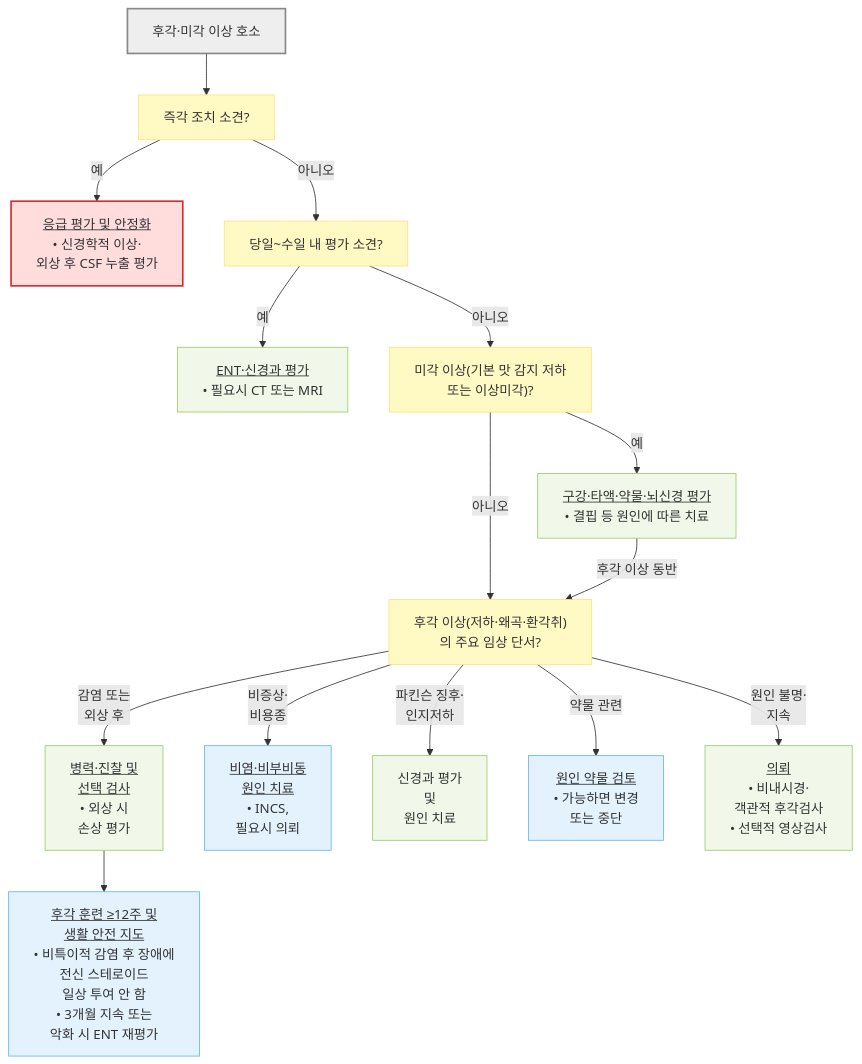
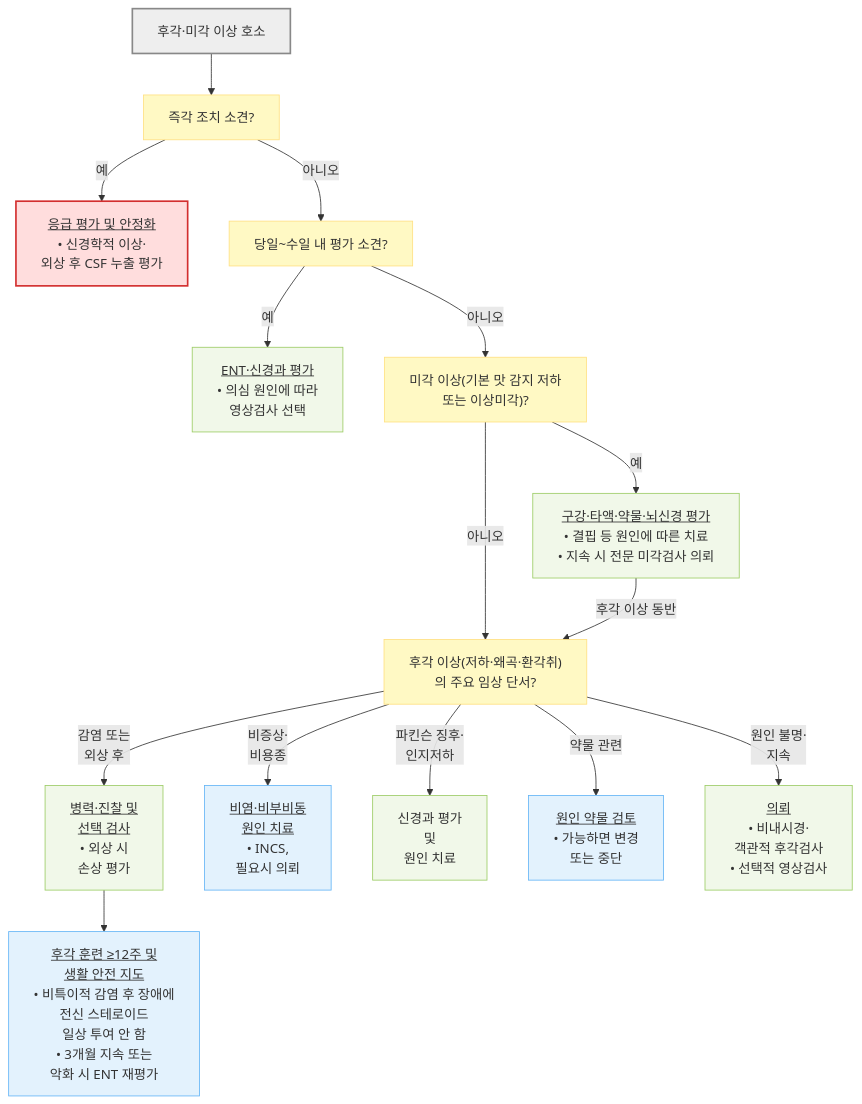
One commit to familyoh77/familyoh77 changed the diagram in 220_/005_-smell-taste-disorders.md. Above: the diagram before and after it, drawn with Mermaid. The commit also changed other lines of this file and 4 other files, not shown here.

````diff
--- a/220_/005_-smell-taste-disorders.md
+++ b/220_/005_-smell-taste-disorders.md
@@ -203,27 +205,27 @@
 ```mermaid
 flowchart TD
     A["후각·미각 이상 호소"] --> D["즉각 조치 소견?"]
     D -- "예" --> E1["<u>응급 평가 및 안정화</u><br/>• 신경학적 이상·<br/>외상 후 CSF 누출 평가"]
     D -- "아니오" --> D2["당일~수일 내 평가 소견?"]
-    D2 -- "예" --> E2["<u>ENT·신경과 평가</u><br/>• 필요시 CT 또는 MRI"]
+    D2 -- "예" --> E2["<u>ENT·신경과 평가</u><br/>• 의심 원인에 따라 <br/>영상검사 선택"]
     D2 -- "아니오" --> B["미각 이상(기본 맛 감지 저하 <br/>또는 이상미각)?"]
-    B -- "예" --> C["<u>구강·타액·약물·뇌신경 평가</u><br/>• 결핍 등 원인에 따른 치료"]
+    B -- "예" --> C["<u>구강·타액·약물·뇌신경 평가</u><br/>• 결핍 등 원인에 따른 치료<br/>• 지속 시 전문 미각검사 의뢰"]
     B -- "아니오" --> F["후각 이상(저하·왜곡·환각취)<br/>의 주요 임상 단서?"]
     C -- "후각 이상 동반" --> F
     F -- "감염 또는 <br/>외상 후" --> K["<u>병력·진찰 및 <br/>선택 검사</u><br/>• 외상 시 <br/>손상 평가"]
     F -- "비증상·<br/>비용종" --> L["<u>비염·비부비동 <br/>원인 치료</u><br/>• INCS, <br/>필요시 의뢰"]
     F -- "파킨슨 징후·<br/>인지저하" --> M["신경과 평가 <br/>및 <br/>원인 치료"]
     F -- "약물 관련" --> P["<u>원인 약물 검토</u><br/>• 가능하면 변경 <br/>또는 중단"]
     F -- "원인 불명·<br/>지속" --> Q["<u>의뢰</u><br/>• 비내시경·<br/>객관적 후각검사<br/>• 선택적 영상검사"]
     K --> N["<u>후각 훈련 ≥12주 및 <br/>생활 안전 지도</u><br/>• 비특이적 감염 후 장애에 <br/>전신 스테로이드 <br/>일상 투여 안 함<br/>• 3개월 지속 또는 <br/>악화 시 ENT 재평가"]
     classDef start fill:#eeeeee,stroke:#888888,stroke-width:2px
     classDef question fill:#fff9c4,stroke:#ffe082
     classDef emergency fill:#ffdddd,stroke:#d32f2f,stroke-width:2px
     classDef evaluation fill:#f1f8e9,stroke:#9ccc65
     classDef treatment fill:#e3f2fd,stroke:#64b5f6
     class A start
     class D,D2,B,F question
     class E1 emergency
     class E2,C,K,M,Q evaluation
     class L,P,N treatment
 ```
````
